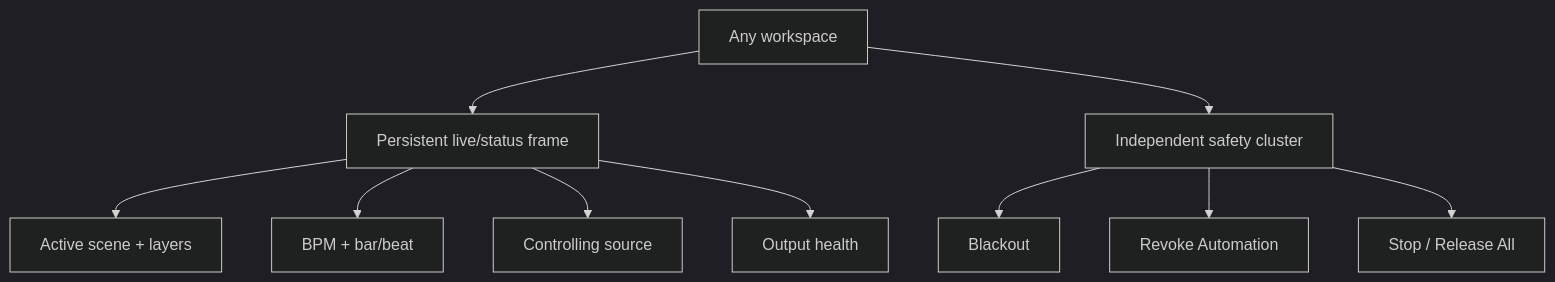
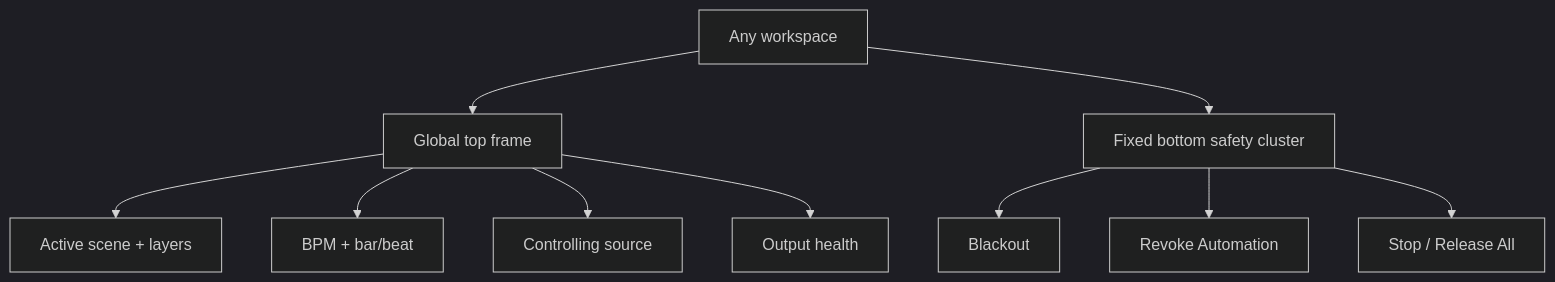
The second of 2 diagrams in .planning/sketches/WORKFLOW-MAP.md (lnorton89/golc), drawn with Mermaid (dark theme) before and after one commit. The commit also changed other lines of this file and 2 other files, not shown here.

````diff
--- a/.planning/sketches/WORKFLOW-MAP.md
+++ b/.planning/sketches/WORKFLOW-MAP.md
@@ -27,12 +38,12 @@
 ```mermaid
 flowchart TB
-    W["Any workspace"] --> S["Persistent live/status frame"]
+    W["Any workspace"] --> S["Global top frame"]
     S --> T["Active scene + layers"]
     S --> U["BPM + bar/beat"]
     S --> V["Controlling source"]
     S --> X["Output health"]
-    W --> Y["Independent safety cluster"]
+    W --> Y["Fixed bottom safety cluster"]
     Y --> B["Blackout"]
     Y --> R["Revoke Automation"]
     Y --> Q["Stop / Release All"]
 ```
````
